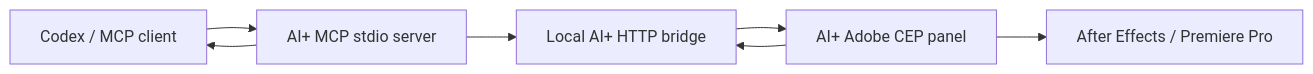
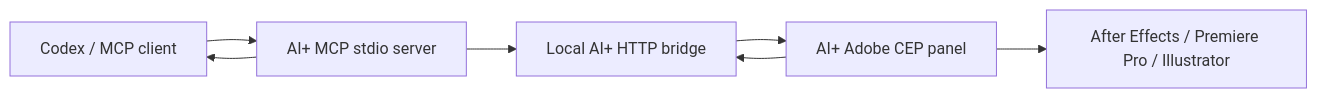
Before and after one commit to PIXELZX0/AI-: the diagram in dist/stage/AI+/docs/mcp/CODEX_SETUP.md, drawn with Mermaid. The commit also changed other lines of this file and 32 other files, not shown here.

````diff
--- a/dist/stage/AI+/docs/mcp/CODEX_SETUP.md
+++ b/dist/stage/AI+/docs/mcp/CODEX_SETUP.md
@@ -79,9 +85,9 @@
 ```mermaid
 flowchart LR
   Codex[Codex / MCP client] --> MCP[AI+ MCP stdio server]
   MCP --> Bridge[Local AI+ HTTP bridge]
   Bridge --> Panel[AI+ Adobe CEP panel]
-  Panel --> Host[After Effects / Premiere Pro]
+  Panel --> Host[After Effects / Premiere Pro / Illustrator]
   Panel --> Bridge
   MCP --> Codex
 ```
````
